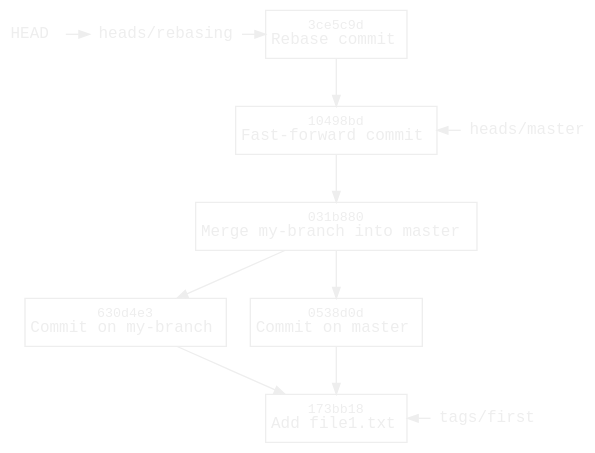
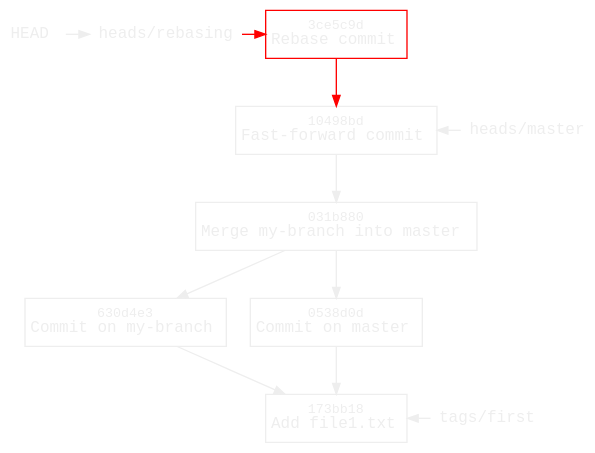
The diagram in content/blog/git/rebase.dot (williamvds/website), drawn with Graphviz before and after one commit. The commit also changed 11 other files, not shown here.

Commit message:
blog: Git: highlight changes in history diagrams

```diff
--- a/content/blog/git/rebase.dot
+++ b/content/blog/git/rebase.dot
@@ -1,50 +1,51 @@
 digraph branch {
     bgcolor = transparent
     color = white
 
     node [fontname=monospace fontsize=12 fontcolor="#eeeeee",
           margin="0.06,0.1" height=0 color="#eeeeee"]
     edge [fontcolor="#eeeeee" color="#eeeeee" arrowsize=0.8]
 
     node [shape=box labeldistance=0.2]
     "173bb18" [label=<<font point-size="10">173bb18</font><br/>Add file1.txt>]
     "630d4e3" [label=<<font point-size="10">630d4e3</font><br/>Commit on my-branch>]
     "0538d0d" [label=<<font point-size="10">0538d0d</font><br/>Commit on master>]
     "031b880" [label=<<font point-size="10">031b880</font><br/>Merge my-branch into master>]
     "10498bd" [label=<<font point-size="10">10498bd</font><br/>Fast-forward commit>]
-    "3ce5c9d" [label=<<font point-size="10">3ce5c9d</font><br/>Rebase commit>]
+    "3ce5c9d" [label=<<font point-size="10">3ce5c9d</font><br/>Rebase commit>
+        color=red]
 
     node [shape=none margin=0.05 height=0]
     HEAD
     master [label="heads/master"]
     rebasing [label="heads/rebasing"]
     first [label="tags/first"]
 
     // master
     {
         edge [weight=3]
         "0538d0d" -> "173bb18"
         "031b880" -> "0538d0d"
         "10498bd" -> "031b880"
     }
 
     "630d4e3" -> "173bb18"
     "031b880" -> "630d4e3"
-    "3ce5c9d" -> "10498bd"
+    "3ce5c9d" -> "10498bd" [color=red]
 
     {
         rank = same
         first -> "173bb18" [constraint=false]
     }
 
     {
         rank = same
         master -> "10498bd" [constraint=false weight=1]
     }
 
     {
         rank = same
         HEAD -> rebasing
-        rebasing -> "3ce5c9d"
+        rebasing -> "3ce5c9d" [color=red]
     }
 }
```
